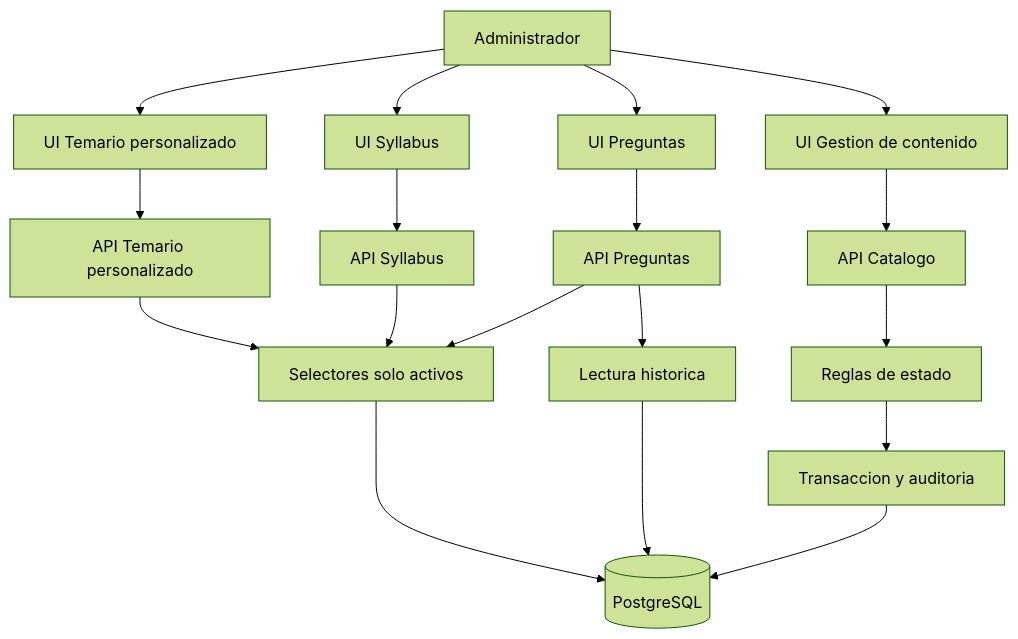
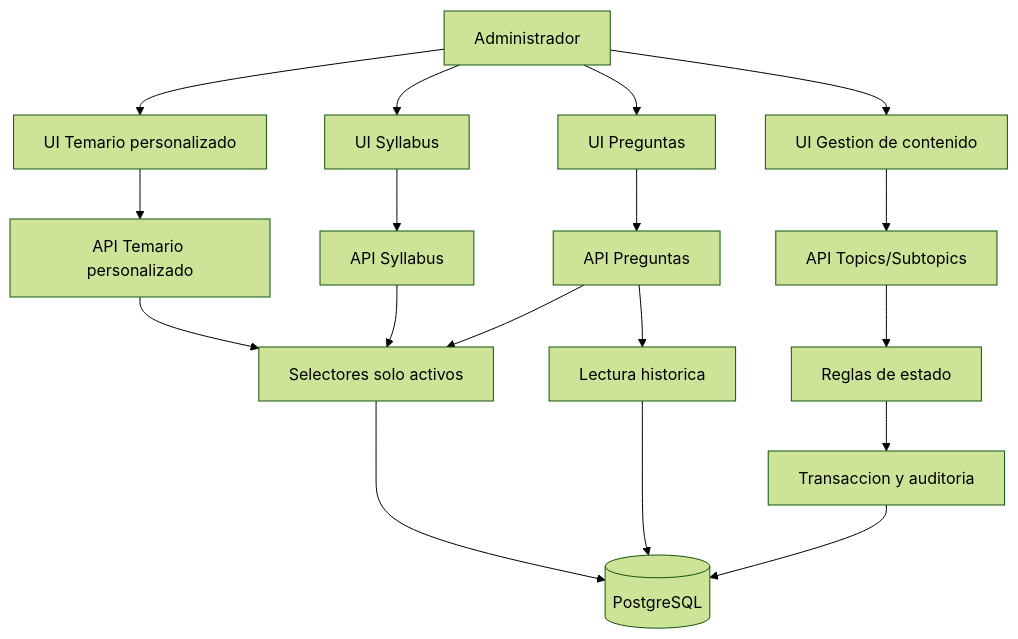
Before and after one commit to JosueOblitas/TALLER-IA-ODISEO: the diagram in TALLER-02/specs/estado-temas-subtemas-temario-general/plan.md, drawn with Mermaid (forest theme). The commit also changed other lines of this file, not shown here.

Commit message:
mapeo correcto de api/catalog en plan.md

````diff
--- a/TALLER-02/specs/estado-temas-subtemas-temario-general/plan.md
+++ b/TALLER-02/specs/estado-temas-subtemas-temario-general/plan.md
@@ -7,23 +7,23 @@
 ```mermaid
 flowchart TD
     A["Administrador"] --> B["UI Gestion de contenido"]
     A --> C["UI Temario personalizado"]
     A --> D["UI Syllabus"]
     A --> E["UI Preguntas"]
 
-    B --> F["API Catalogo"]
+    B --> F["API Topics/Subtopics"]
     C --> G["API Temario personalizado"]
     D --> H["API Syllabus"]
     E --> I["API Preguntas"]
 
     F --> J["Reglas de estado"]
     G --> K["Selectores solo activos"]
     H --> K
     I --> K
     I --> L["Lectura historica"]
 
     J --> M["Transaccion y auditoria"]
     K --> N[(PostgreSQL)]
     L --> N
     M --> N
 ```
````
